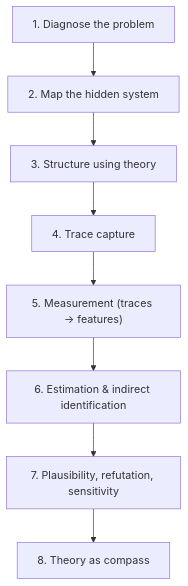
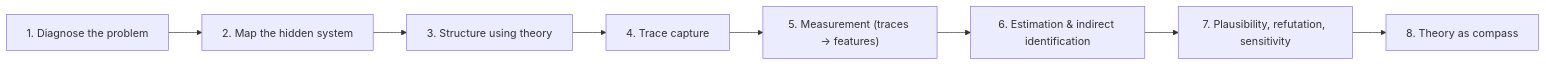
One commit to margaretfoster/PRISM-framework changed the diagram in index.md. Above: the diagram before and after it, drawn with Mermaid.

Commit message:
Change flowchart direction from TD to LR

````diff
--- a/index.md
+++ b/index.md
@@ -22,10 +22,10 @@
 ```mermaid
-flowchart TD
+flowchart LR
     A["1. Diagnose the problem"] --> B["2. Map the hidden system"]
     B --> C["3. Structure using theory"]
     C --> D["4. Trace capture"]
     D --> E["5. Measurement (traces → features)"]
     E --> F["6. Estimation & indirect identification"]
     F --> G["7. Plausibility, refutation, sensitivity"]
     G --> H["8. Theory as compass"]
 ```
````
